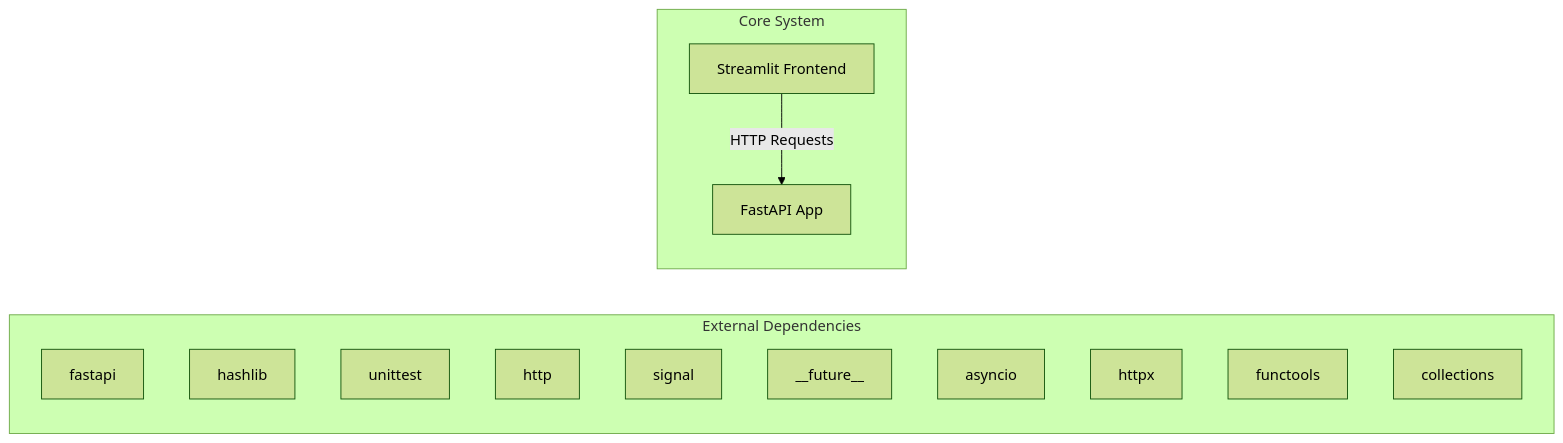
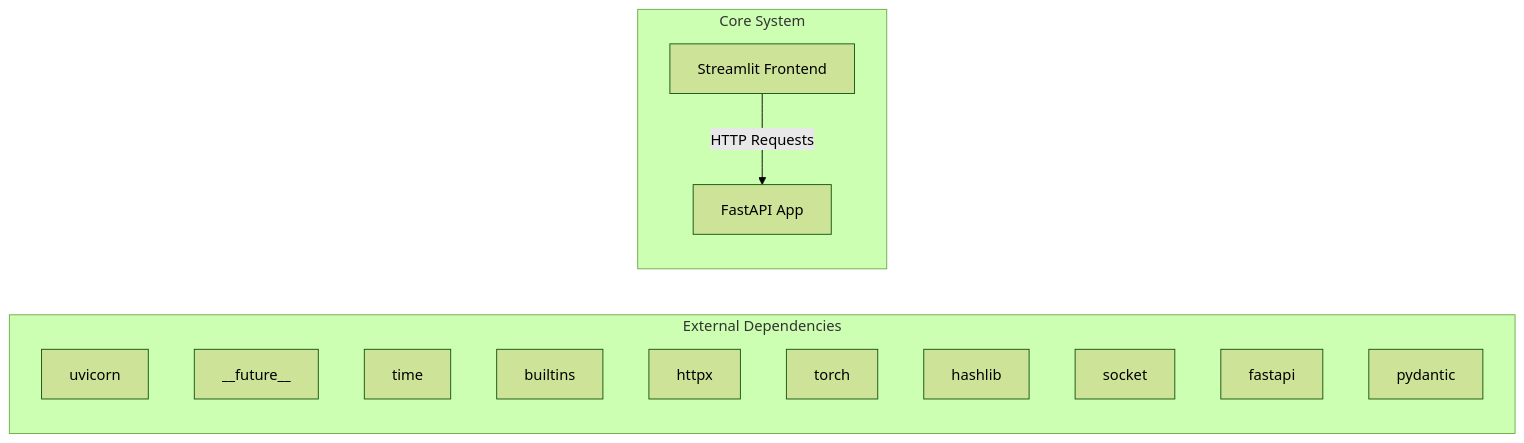
The first of 2 diagrams in docs/architecture.md (NITISH-R-G/rag-context-optimizer), drawn with Mermaid (forest theme) before and after one commit. The commit also changed 1 other file, not shown here.

Commit message:
docs: auto-update repository knowledge, architecture diagrams, and documentation

````diff
--- a/docs/architecture.md
+++ b/docs/architecture.md
@@ -7,20 +7,20 @@
 ```mermaid
 graph LR
     subgraph External Dependencies
-        E0["fastapi"]
-        E1["hashlib"]
-        E2["unittest"]
-        E3["http"]
-        E4["signal"]
-        E5["__future__"]
-        E6["asyncio"]
-        E7["httpx"]
-        E8["functools"]
-        E9["collections"]
+        E0["uvicorn"]
+        E1["__future__"]
+        E2["time"]
+        E3["builtins"]
+        E4["httpx"]
+        E5["torch"]
+        E6["hashlib"]
+        E7["socket"]
+        E8["fastapi"]
+        E9["pydantic"]
     end
     subgraph Core System
         API["FastAPI App"]
         UI["Streamlit Frontend"]
     end
     UI -->|HTTP Requests| API
 ```
````
